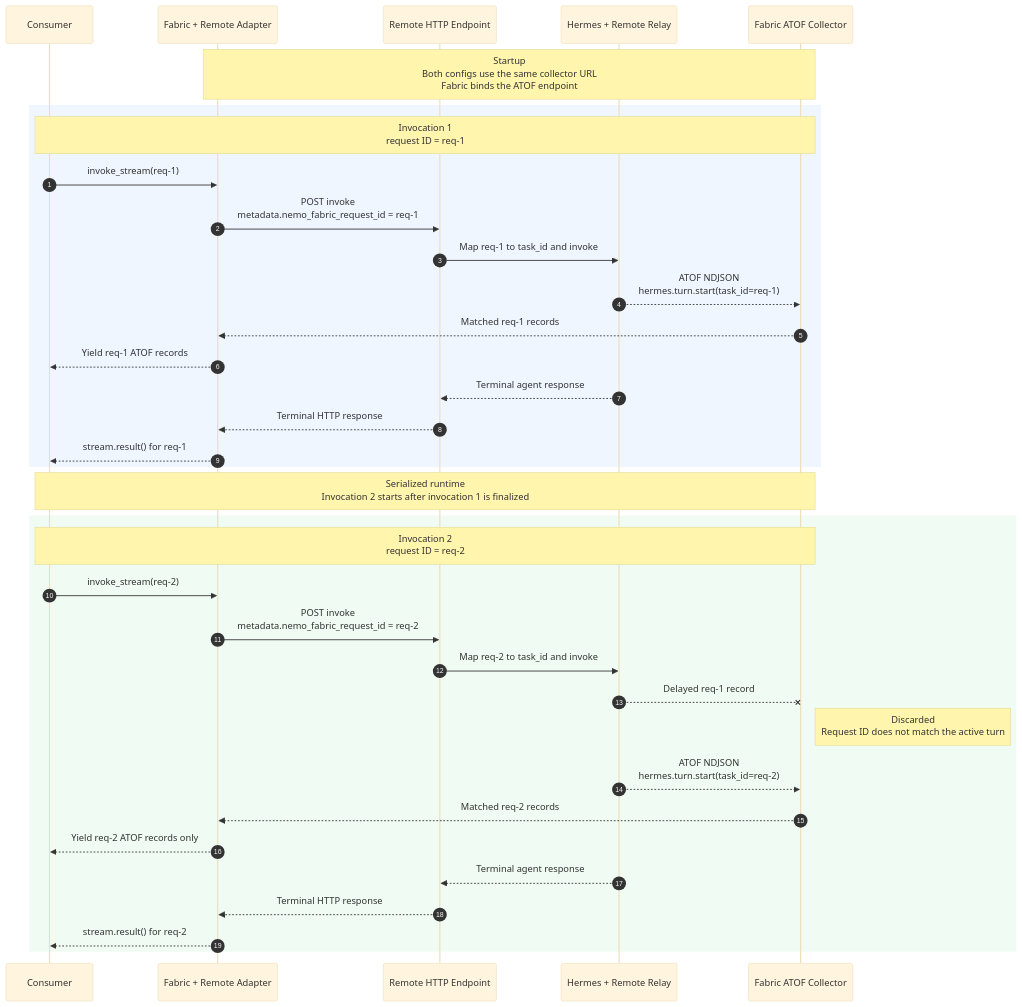
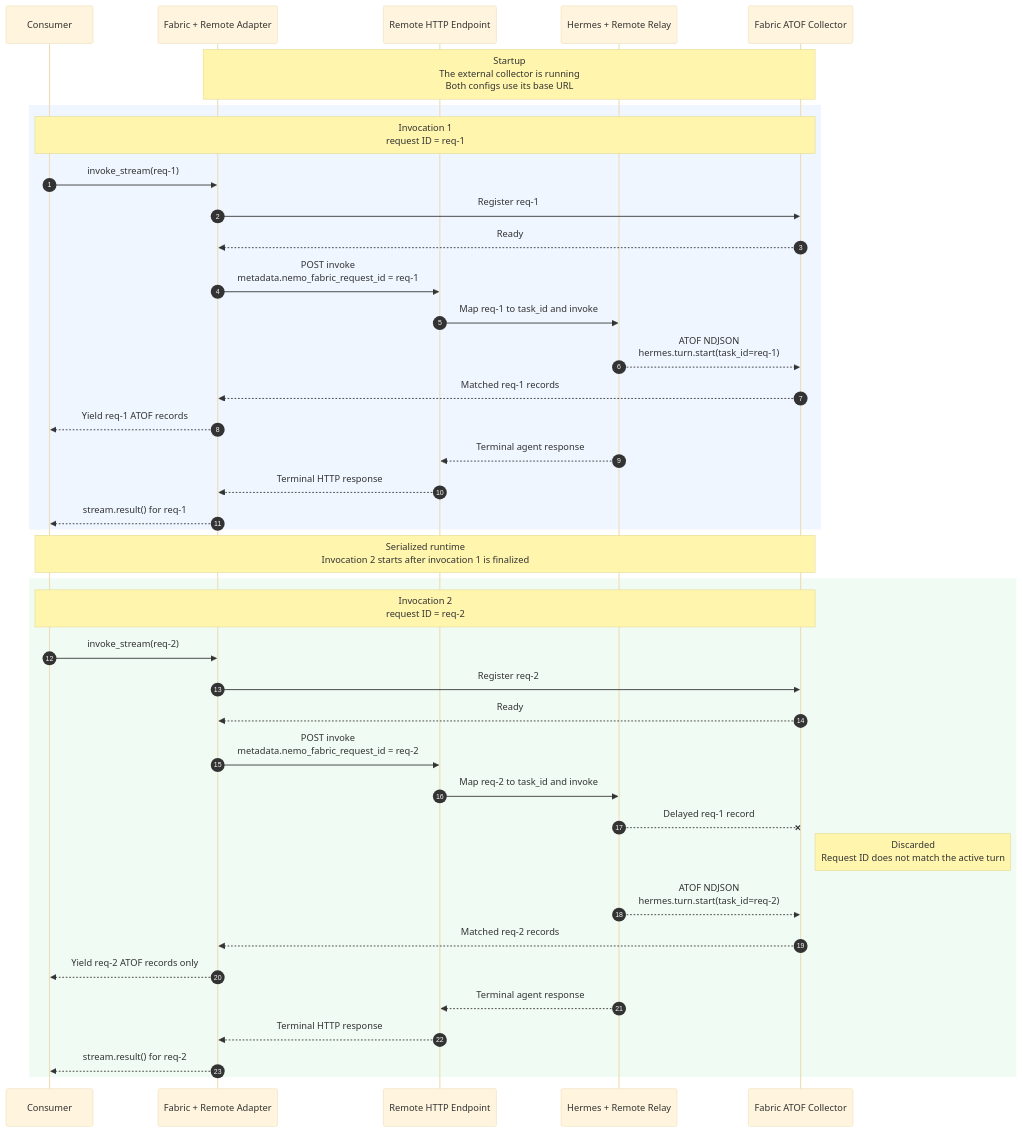
Before and after one commit to NVIDIA/NeMo-Fabric: the diagram in adapters/python/remote-agent/README.md, drawn with Mermaid (base theme). The commit also changed other lines of this file and 4 other files, not shown here.

````diff
--- a/adapters/python/remote-agent/README.md
+++ b/adapters/python/remote-agent/README.md
@@ -140,41 +140,45 @@
 ```mermaid
 sequenceDiagram
     autonumber
     participant App as Consumer
     participant Fabric as Fabric + Remote Adapter
     participant API as Remote HTTP Endpoint
     participant Hermes as Hermes + Remote Relay
     participant Collector as Fabric ATOF Collector
 
-    Note over Fabric,Collector: Startup<br/>Both configs use the same collector URL<br/>Fabric binds the ATOF endpoint
+    Note over Fabric,Collector: Startup<br/>The external collector is running<br/>Both configs use its base URL
 
     rect rgb(239, 246, 255)
         Note over App,Collector: Invocation 1<br/>request ID = req-1
         App->>Fabric: invoke_stream(req-1)
+        Fabric->>Collector: Register req-1
+        Collector-->>Fabric: Ready
         Fabric->>API: POST invoke<br/>metadata.nemo_fabric_request_id = req-1
         API->>Hermes: Map req-1 to task_id and invoke
         Hermes-->>Collector: ATOF NDJSON<br/>hermes.turn.start(task_id=req-1)
         Collector-->>Fabric: Matched req-1 records
         Fabric-->>App: Yield req-1 ATOF records
         Hermes-->>API: Terminal agent response
         API-->>Fabric: Terminal HTTP response
         Fabric-->>App: stream.result() for req-1
     end
 
     Note over App,Collector: Serialized runtime<br/>Invocation 2 starts after invocation 1 is finalized
 
     rect rgb(240, 251, 243)
         Note over App,Collector: Invocation 2<br/>request ID = req-2
         App->>Fabric: invoke_stream(req-2)
+        Fabric->>Collector: Register req-2
+        Collector-->>Fabric: Ready
         Fabric->>API: POST invoke<br/>metadata.nemo_fabric_request_id = req-2
         API->>Hermes: Map req-2 to task_id and invoke
         Hermes--xCollector: Delayed req-1 record
         Note right of Collector: Discarded<br/>Request ID does not match the active turn
         Hermes-->>Collector: ATOF NDJSON<br/>hermes.turn.start(task_id=req-2)
         Collector-->>Fabric: Matched req-2 records
         Fabric-->>App: Yield req-2 ATOF records only
         Hermes-->>API: Terminal agent response
         API-->>Fabric: Terminal HTTP response
         Fabric-->>App: stream.result() for req-2
     end
 ```
````
